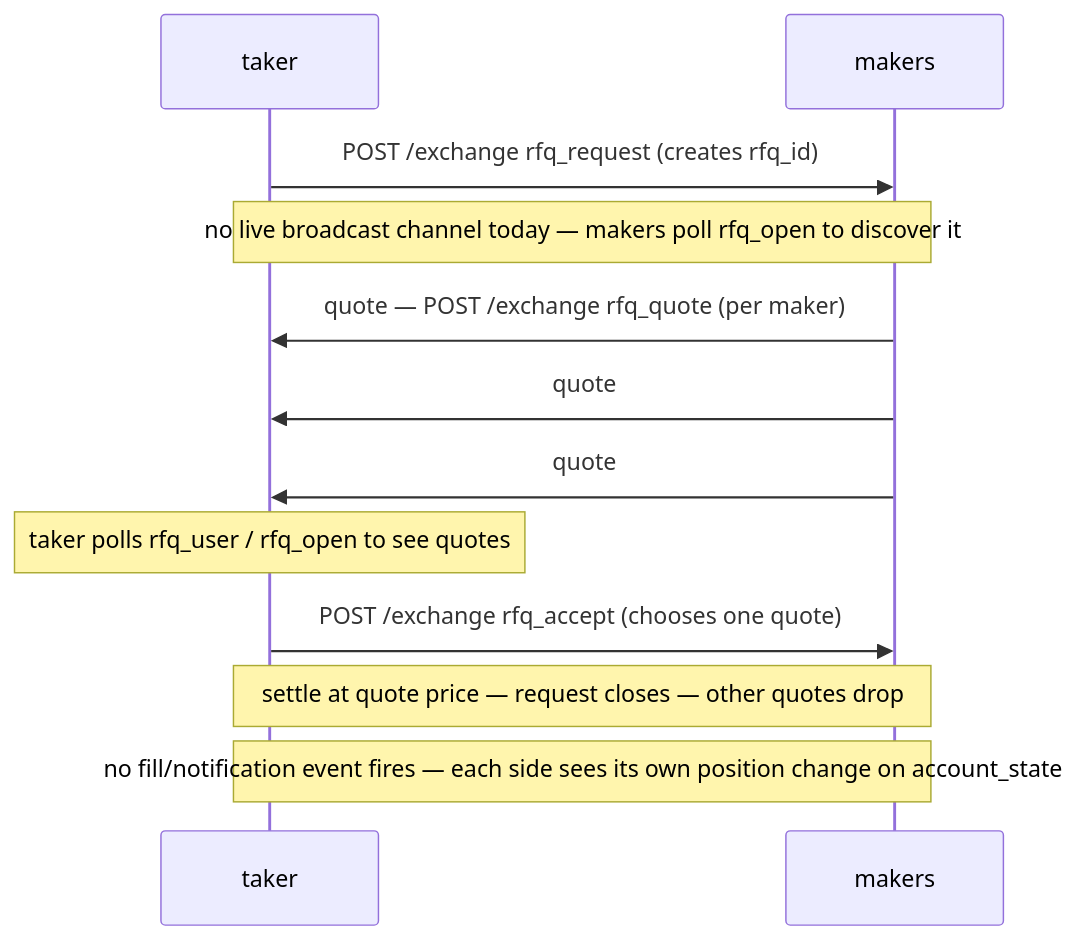
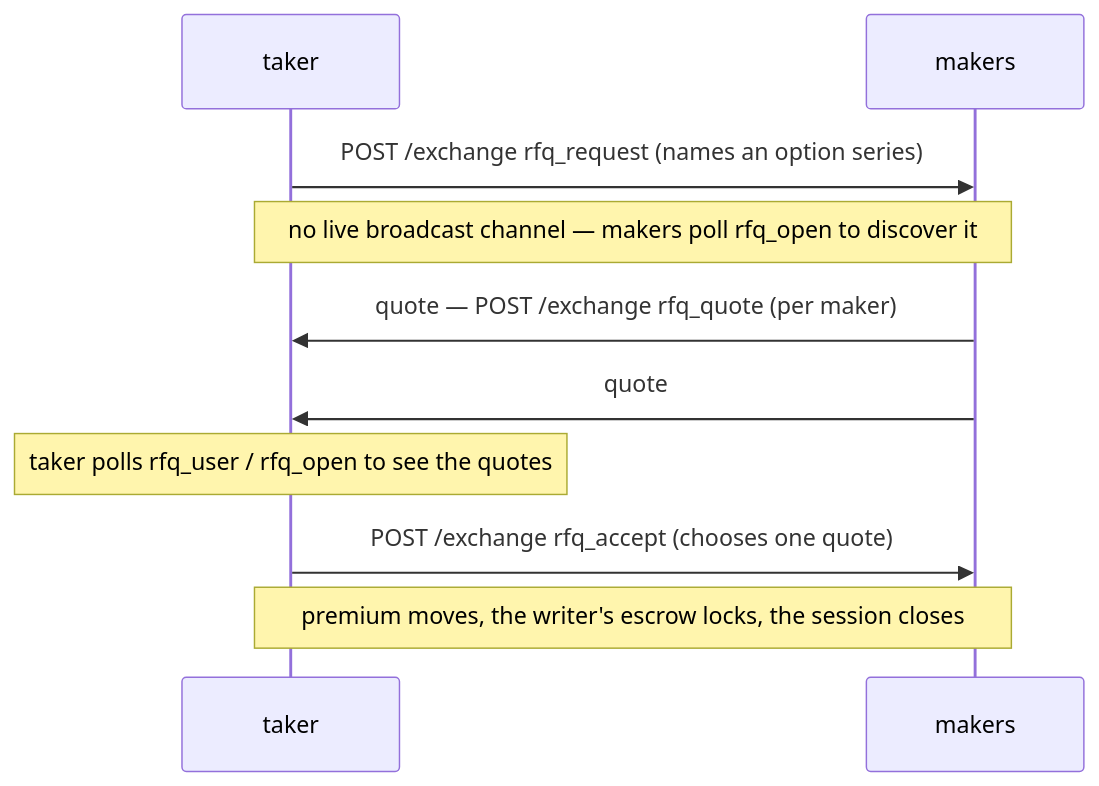
Before and after one commit to mtf-exchange/metaflux-knowledges: the diagram in docs/concepts/rfq.md, drawn with Mermaid. The commit also changed other lines of this file and 11 other files, not shown here.

First line of the commit message:
docs(options): the option lane, and the session reads that make it completable

````diff
--- a/docs/concepts/rfq.md
+++ b/docs/concepts/rfq.md
@@ -23,14 +30,12 @@
 ```mermaid
 sequenceDiagram
     participant taker
     participant makers
-    taker->>makers: POST /exchange rfq_request (creates rfq_id)
-    Note over taker,makers: no live broadcast channel today — makers poll rfq_open to discover it
+    taker->>makers: POST /exchange rfq_request (names an option series)
+    Note over taker,makers: no live broadcast channel — makers poll rfq_open to discover it
     makers->>taker: quote — POST /exchange rfq_quote (per maker)
     makers->>taker: quote
-    makers->>taker: quote
-    Note over taker: taker polls rfq_user / rfq_open to see quotes
+    Note over taker: taker polls rfq_user / rfq_open to see the quotes
     taker->>makers: POST /exchange rfq_accept (chooses one quote)
-    Note over taker,makers: settle at quote price — request closes — other quotes drop
-    Note over taker,makers: no fill/notification event fires — each side sees its own position change on account_state
+    Note over taker,makers: premium moves, the writer's escrow locks, the session closes
 ```
````
